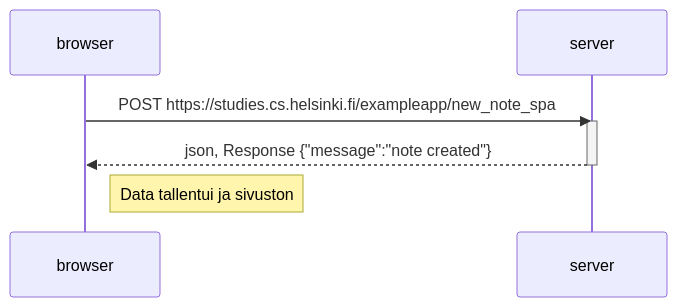
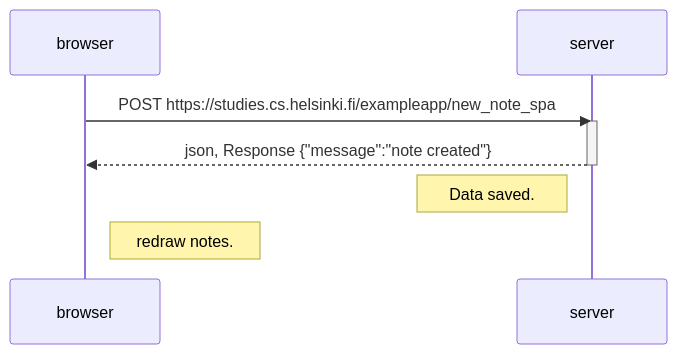
One commit to Sisarus/FullStack-palautus changed the third of 3 diagrams in osa0/README.md. Above: the diagram before and after it, drawn with Mermaid.

````diff
--- a/osa0/README.md
+++ b/osa0/README.md
@@ -64,12 +64,14 @@
 ```mermaid
 sequenceDiagram
     participant browser
     participant server
     browser->>server: POST https://studies.cs.helsinki.fi/exampleapp/new_note_spa
     activate server
     server-->>browser: json, Response {"message":"note created"}
     deactivate server
     
-    Note right of browser: Data tallentui ja sivuston #notes uudelleen luodaan.
+    Note left of server: Data saved.
+    Note right of browser: redraw notes.
+ 
     
 ```
````
